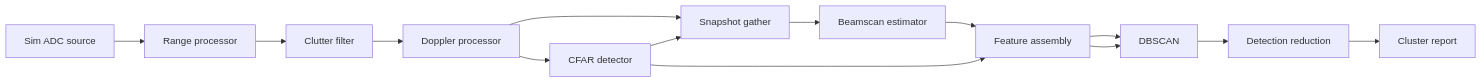
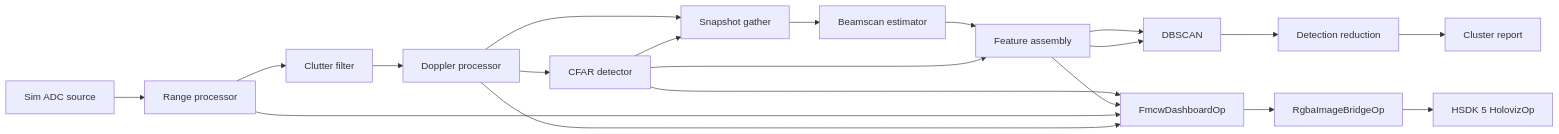
One commit to nvidia-holoscan/holoscan-radar changed the diagram in applications/fmcw/simo/README.md. Above: the diagram before and after it, drawn with Mermaid. The commit also changed 12 other files, not shown here.

Commit message:
Apps: Enable HSDK 5 Holoviz dashboards

````diff
--- a/applications/fmcw/simo/README.md
+++ b/applications/fmcw/simo/README.md
@@ -5,9 +5,14 @@
 ```mermaid
 flowchart LR
     Source[Sim ADC source] --> Range[Range processor] --> Clutter[Clutter filter] --> Doppler[Doppler processor]
     Doppler --> CFAR[CFAR detector]
     Doppler --> Gather[Snapshot gather]
     CFAR --> Gather --> Beamscan[Beamscan estimator] --> Features[Feature assembly]
     CFAR --> Features --> Cluster[DBSCAN] --> Reduce[Detection reduction] --> Report[Cluster report]
     Features --> Cluster
+    CFAR --> Dashboard[FmcwDashboardOp]
+    Features --> Dashboard
+    Range --> Dashboard
+    Doppler --> Dashboard
+    Dashboard --> Image[RgbaImageBridgeOp] --> Holoviz[HSDK 5 HolovizOp]
 ```
````
